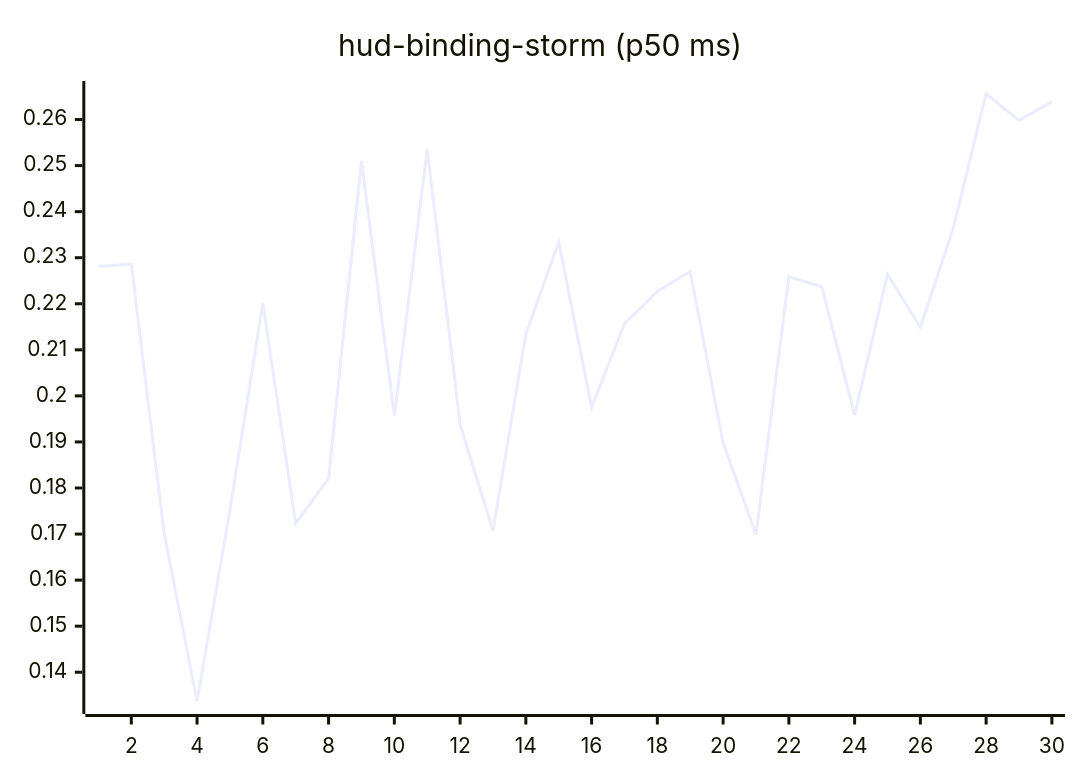
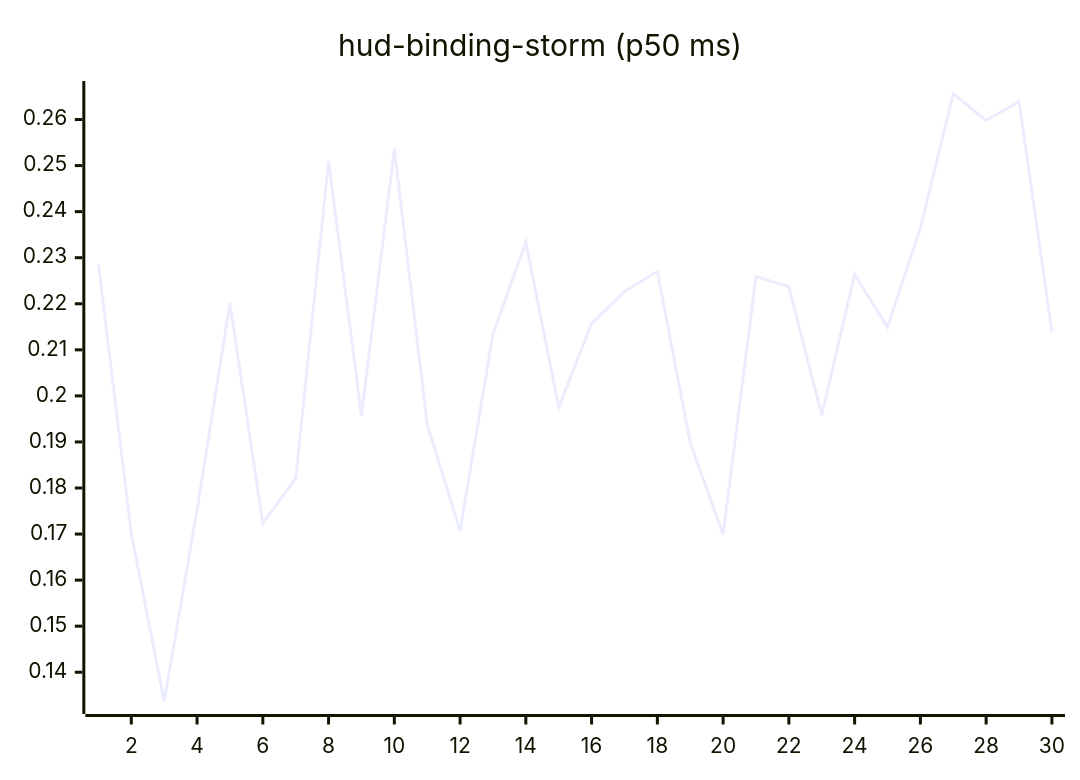
Before and after one commit to josha/Facet: the tenth of 27 diagrams in README.md, drawn with Mermaid. The commit also changed other lines of this file and 2 other files, not shown here.

````diff
--- a/README.md
+++ b/README.md
@@ -126,6 +126,6 @@
 ```mermaid
 xychart-beta
     title "hud-binding-storm (p50 ms)"
     x-axis 1 --> 30
-    line [0.2281, 0.2286, 0.1701, 0.1337, 0.1752, 0.2201, 0.1723, 0.1821, 0.2510, 0.1957, 0.2536, 0.1938, 0.1707, 0.2134, 0.2334, 0.1975, 0.2157, 0.2227, 0.2270, 0.1898, 0.1699, 0.2259, 0.2237, 0.1958, 0.2264, 0.2149, 0.2364, 0.2656, 0.2598, 0.2639]
+    line [0.2286, 0.1701, 0.1337, 0.1752, 0.2201, 0.1723, 0.1821, 0.2510, 0.1957, 0.2536, 0.1938, 0.1707, 0.2134, 0.2334, 0.1975, 0.2157, 0.2227, 0.2270, 0.1898, 0.1699, 0.2259, 0.2237, 0.1958, 0.2264, 0.2149, 0.2364, 0.2656, 0.2598, 0.2639, 0.2139]
 ```
````
